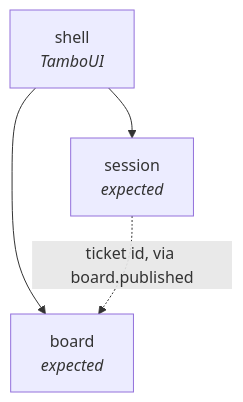
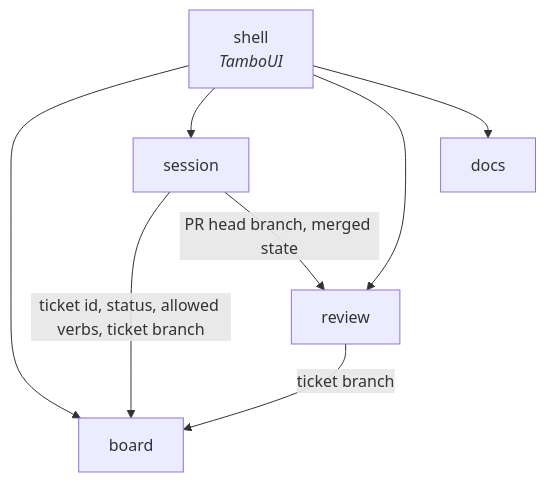
The diagram in docs/context-map.md (maxenceng/lazyclaude), drawn with Mermaid before and after one commit. The commit also changed other lines of this file and 51 other files, not shown here.

First line of the commit message:
Chart v1 on the LAZY-1 map and capture its feature tickets

````diff
--- a/docs/context-map.md
+++ b/docs/context-map.md
@@ -26,9 +28,15 @@
 ```mermaid
 graph TD
     shell[shell<br/><i>TamboUI</i>]
-    board[board<br/><i>expected</i>]
-    session[session<br/><i>expected</i>]
+    board[board]
+    session[session]
+    review[review]
+    docs[docs]
     shell --> board
     shell --> session
-    session -. "ticket id, via board.published" .-> board
+    shell --> review
+    shell --> docs
+    session -- "ticket id, status, allowed verbs, ticket branch" --> board
+    session -- "PR head branch, merged state" --> review
+    review -- "ticket branch" --> board
 ```
````
